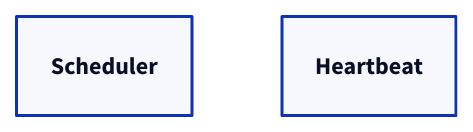
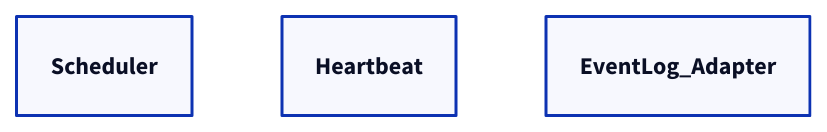
Diagram 15 of 23 in docs/guides/d2-diagrams.md (ReventlessDev/reventless-core), drawn with D2 before and after one commit. The commit also changed other lines of this file and 33 other files, not shown here.

First line of the commit message:
docs: convert all Mermaid diagrams to D2 with full semantic styling

````diff
--- a/docs/guides/d2-diagrams.md
+++ b/docs/guides/d2-diagrams.md
@@ -404,4 +409,5 @@
 ```d2
-sched: Scheduler { class: scheduler }
-hb:    Heartbeat  { class: heartbeat }
+sched:   Scheduler        { class: scheduler }
+hb:      Heartbeat        { class: heartbeat }
+adapter: EventLog_Adapter { class: adapter }
 ```
````
